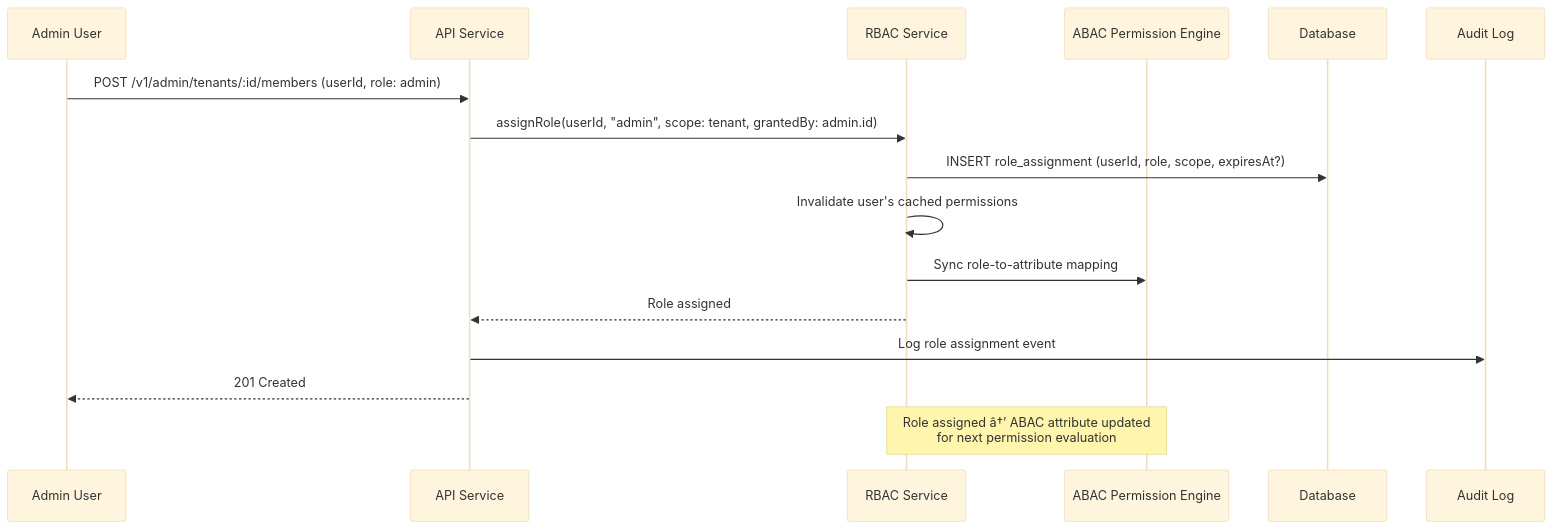
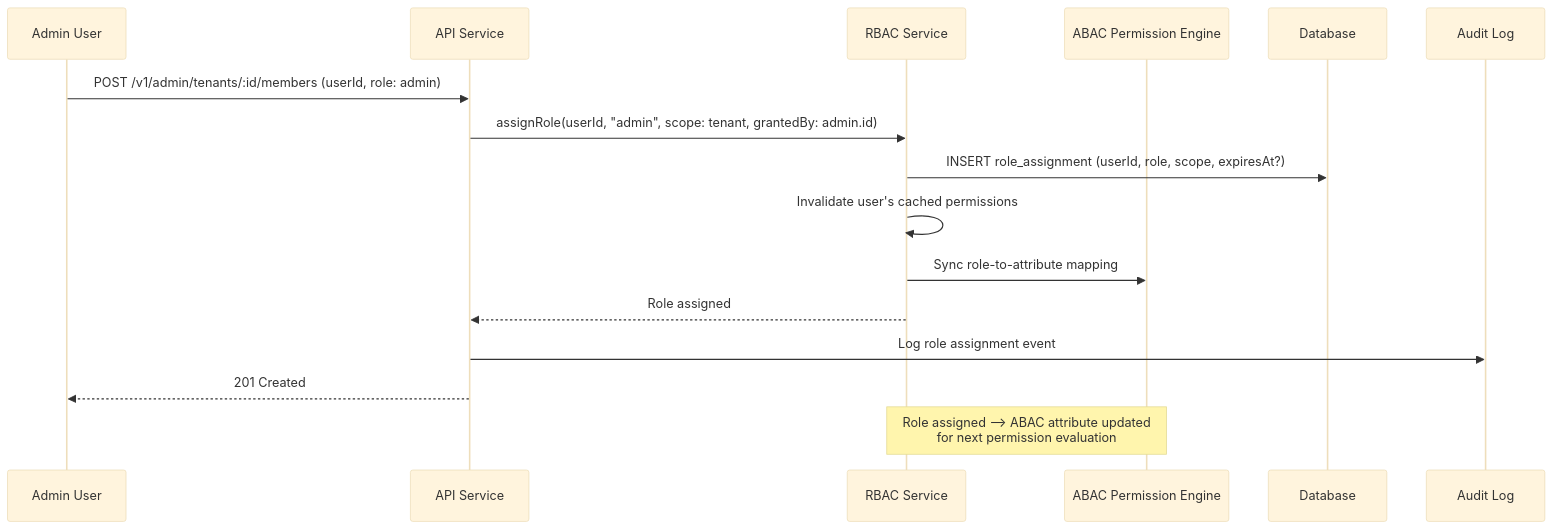
One commit to Driftloom/Vaeloom changed the second of 2 diagrams in Docs/Backend/RBAC.md. Above: the diagram before and after it, drawn with Mermaid (base theme). The commit also changed other lines of this file and 3 other files, not shown here.

Commit message:
docs(backend): add authentication, authorization, IAM, ABAC, RBAC

````diff
--- a/Docs/Backend/RBAC.md
+++ b/Docs/Backend/RBAC.md
@@ -184,20 +184,20 @@
 ```mermaid
 sequenceDiagram
     participant Admin as Admin User
     participant API as API Service
     participant RBAC as RBAC Service
     participant ABAC as ABAC Permission Engine
     participant DB as Database
     participant AL as Audit Log
 
     Admin->>API: POST /v1/admin/tenants/:id/members (userId, role: admin)
     API->>RBAC: assignRole(userId, "admin", scope: tenant, grantedBy: admin.id)
     RBAC->>DB: INSERT role_assignment (userId, role, scope, expiresAt?)
     RBAC->>RBAC: Invalidate user's cached permissions
     RBAC->>ABAC: Sync role-to-attribute mapping
     RBAC-->>API: Role assigned
     API->>AL: Log role assignment event
     API-->>Admin: 201 Created
 
-    Note over RBAC,ABAC: Role assigned â†’ ABAC attribute updated<br/>for next permission evaluation
+    Note over RBAC,ABAC: Role assigned --> ABAC attribute updated<br/>for next permission evaluation
 ```
````
